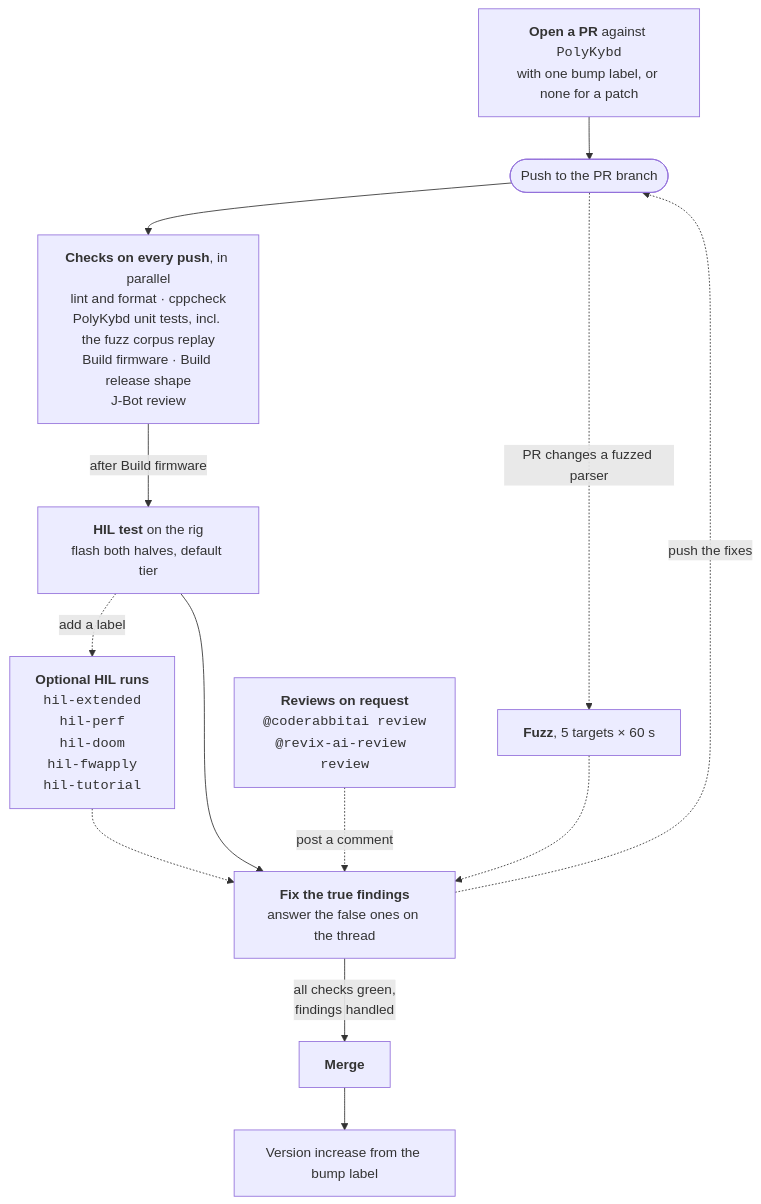
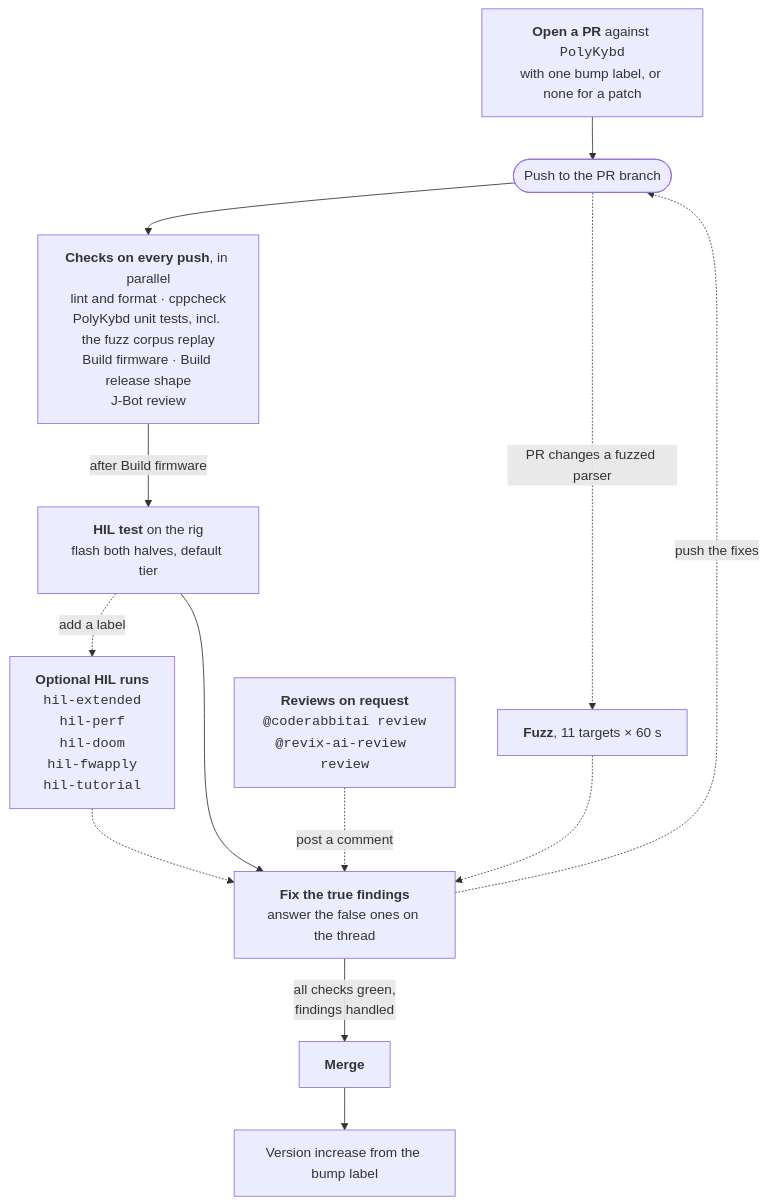
The diagram in src/content/docs/development/contributing.mdx (thpoll83/polykybd-docs), drawn with Mermaid before and after one commit. The commit also changed other lines of this file, not shown here.

First line of the commit message:
Contributing: 11 fuzz targets, the Wednesday/Sunday long runs and crash issues

````diff
--- a/src/content/docs/development/contributing.mdx
+++ b/src/content/docs/development/contributing.mdx
@@ -59,26 +59,26 @@
 ```mermaid
 flowchart TD
   OPEN["<b>Open a PR</b> against <code>PolyKybd</code><br/>with one bump label, or none for a patch"]
   PUSH(["Push to the PR branch"])
   CHECKS["<b>Checks on every push</b>, in parallel<br/>lint and format · cppcheck<br/>PolyKybd unit tests, incl. the fuzz corpus replay<br/>Build firmware · Build release shape<br/>J-Bot review"]
-  FUZZ["<b>Fuzz</b>, 5 targets × 60 s"]
+  FUZZ["<b>Fuzz</b>, 11 targets × 60 s"]
   HIL["<b>HIL test</b> on the rig<br/>flash both halves, default tier"]
   OPT["<b>Optional HIL runs</b><br/><code>hil-extended</code><br/><code>hil-perf</code><br/><code>hil-doom</code><br/><code>hil-fwapply</code><br/><code>hil-tutorial</code>"]
   REV["<b>Reviews on request</b><br/><code>@coderabbitai review</code><br/><code>@revix-ai-review review</code>"]
   FIX["<b>Fix the true findings</b><br/>answer the false ones on the thread"]
   MERGE["<b>Merge</b>"]
   BUMP["Version increase from the bump label"]
 
   OPEN --> PUSH
   PUSH --> CHECKS
   PUSH -.->|"PR changes a fuzzed parser"| FUZZ
   CHECKS -->|"after Build firmware"| HIL
   HIL -.->|"add a label"| OPT
   HIL --> FIX
   FUZZ -.-> FIX
   OPT -.-> FIX
   REV -.->|"post a comment"| FIX
   FIX -.->|"push the fixes"| PUSH
   FIX -->|"all checks green,<br/>findings handled"| MERGE
   MERGE --> BUMP
 ```
````
